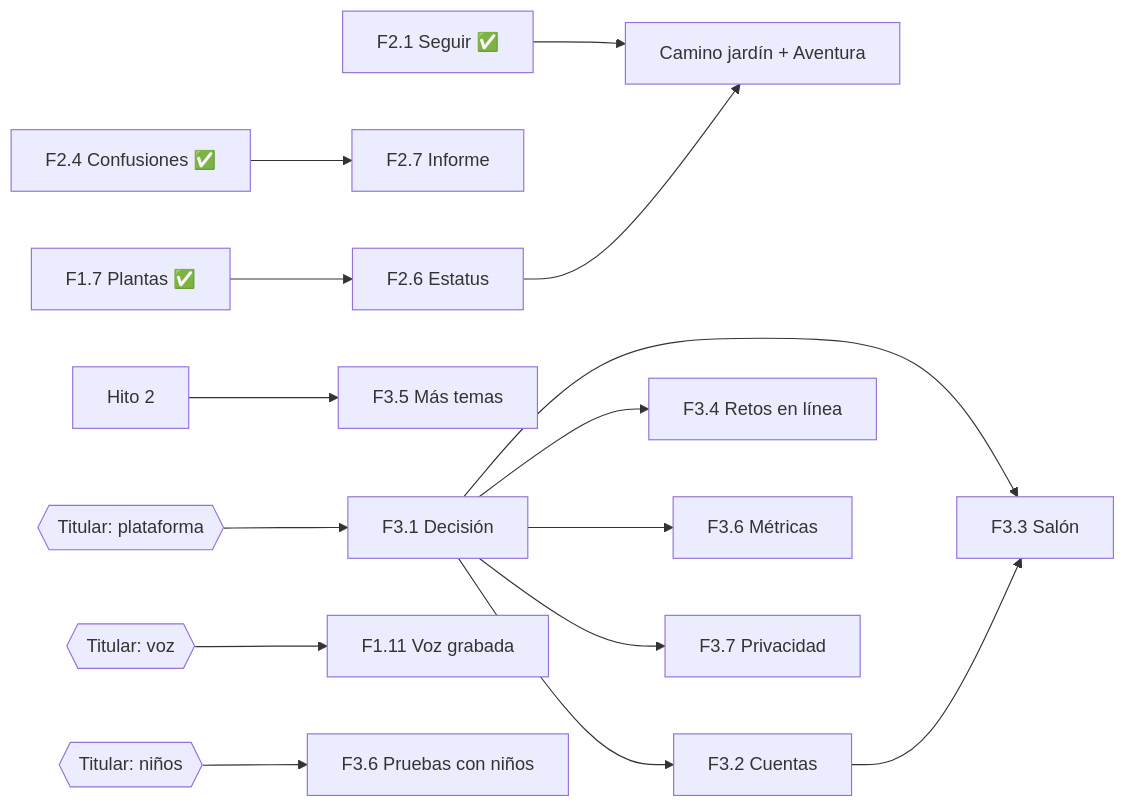
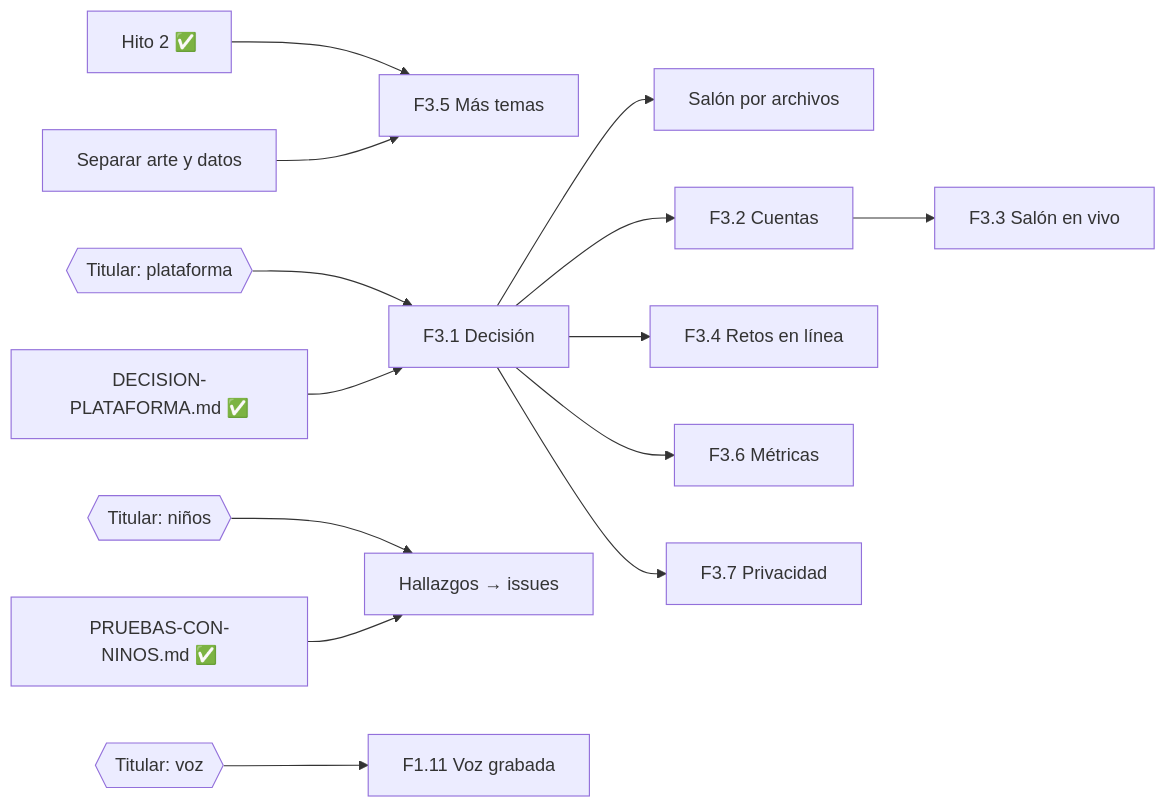
One commit to dleon55/jardin-magico-multiplicaciones changed the second of 2 diagrams in docs/PLAN.md. Above: the diagram before and after it, drawn with Mermaid. The commit also changed other lines of this file, not shown here.

First line of the commit message:
Plan al día: Hito 2 cerrado y lo que no necesita servidor del Hito 3

````diff
--- a/docs/PLAN.md
+++ b/docs/PLAN.md
@@ -125,17 +132,16 @@
 ```mermaid
 graph LR
-    F17[F1.7 Plantas ✅] --> F26[F2.6 Estatus]
-    F24[F2.4 Confusiones ✅] --> F27[F2.7 Informe]
-    F21[F2.1 Seguir ✅] --> CAM[Camino jardín + Aventura]
-    F26 --> CAM
-    H2[Hito 2] --> F35[F3.5 Más temas]
+    H2[Hito 2 ✅] --> F35[F3.5 Más temas]
+    SEP[Separar arte y datos] --> F35
     T1{{Titular: plataforma}} --> F31[F3.1 Decisión]
+    DOC[DECISION-PLATAFORMA.md ✅] --> F31
+    F31 --> B[Salón por archivos]
     F31 --> F32[F3.2 Cuentas]
-    F31 --> F33[F3.3 Salón]
+    F32 --> F33[F3.3 Salón en vivo]
     F31 --> F34[F3.4 Retos en línea]
     F31 --> F36[F3.6 Métricas]
     F31 --> F37[F3.7 Privacidad]
-    F32 --> F33
+    T3{{Titular: niños}} --> HALL[Hallazgos → issues]
+    GUIA[PRUEBAS-CON-NINOS.md ✅] --> HALL
     T2{{Titular: voz}} --> F111[F1.11 Voz grabada]
-    T3{{Titular: niños}} --> F36P[F3.6 Pruebas con niños]
 ```
````
